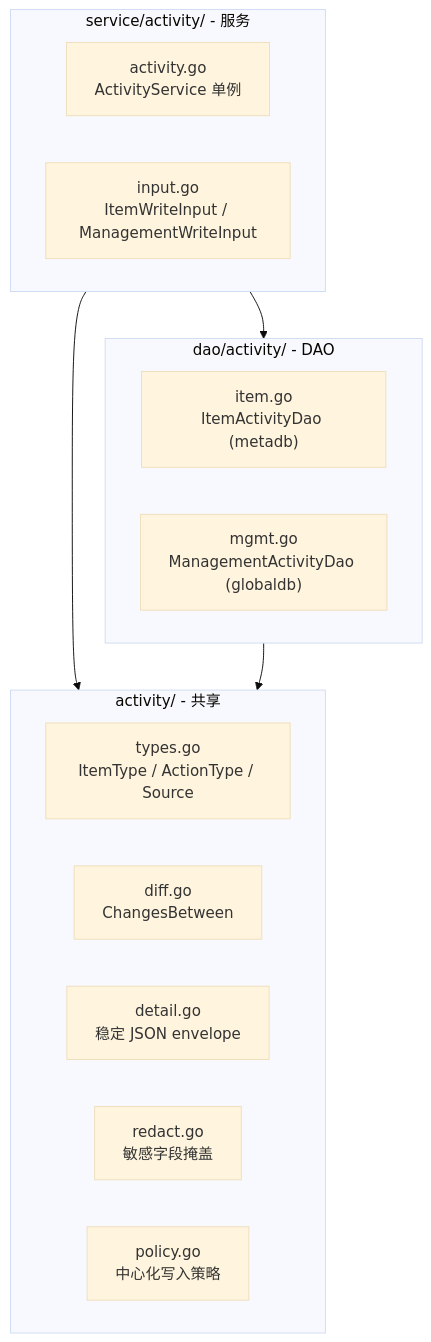
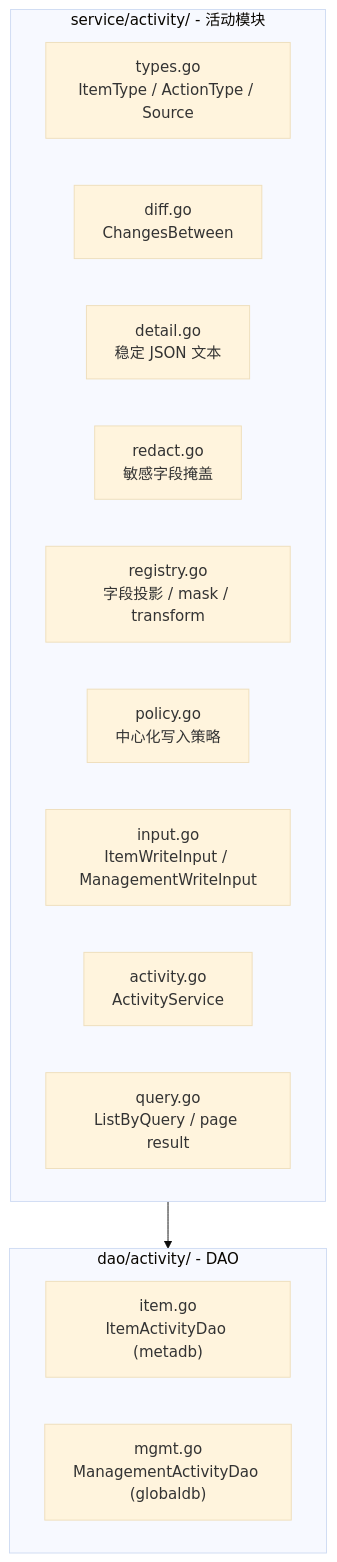
One commit to qinwenshiCH/workflow changed the diagram in specs/20260626-Wave-Feat-AddAuditLog/architecture.md. Above: the diagram before and after it, drawn with Mermaid (base theme). The commit also changed other lines of this file and 4 other files, not shown here.

````diff
--- a/specs/20260626-Wave-Feat-AddAuditLog/architecture.md
+++ b/specs/20260626-Wave-Feat-AddAuditLog/architecture.md
@@ -38,21 +40,19 @@
 ```mermaid
 flowchart TD
-    subgraph types["activity/ - 共享"]
+    subgraph svc["service/activity/ - 活动模块"]
         types_go["types.go<br/>ItemType / ActionType / Source"]
         diff_go["diff.go<br/>ChangesBetween"]
-        detail_go["detail.go<br/>稳定 JSON envelope"]
+        detail_go["detail.go<br/>稳定 JSON 文本"]
         redact_go["redact.go<br/>敏感字段掩盖"]
+        registry_go["registry.go<br/>字段投影 / mask / transform"]
         policy_go["policy.go<br/>中心化写入策略"]
+        input_go["input.go<br/>ItemWriteInput / ManagementWriteInput"]
+        svc_go["activity.go<br/>ActivityService"]
+        query_go["query.go<br/>ListByQuery / page result"]
     end
     subgraph dao["dao/activity/ - DAO"]
         item_dao["item.go<br/>ItemActivityDao (metadb)"]
         mgmt_dao["mgmt.go<br/>ManagementActivityDao (globaldb)"]
     end
-    subgraph svc["service/activity/ - 服务"]
-        svc_go["activity.go<br/>ActivityService 单例"]
-        input_go["input.go<br/>ItemWriteInput / ManagementWriteInput"]
-    end
     svc --> dao
-    svc --> types
-    dao --> types
 ```
````
